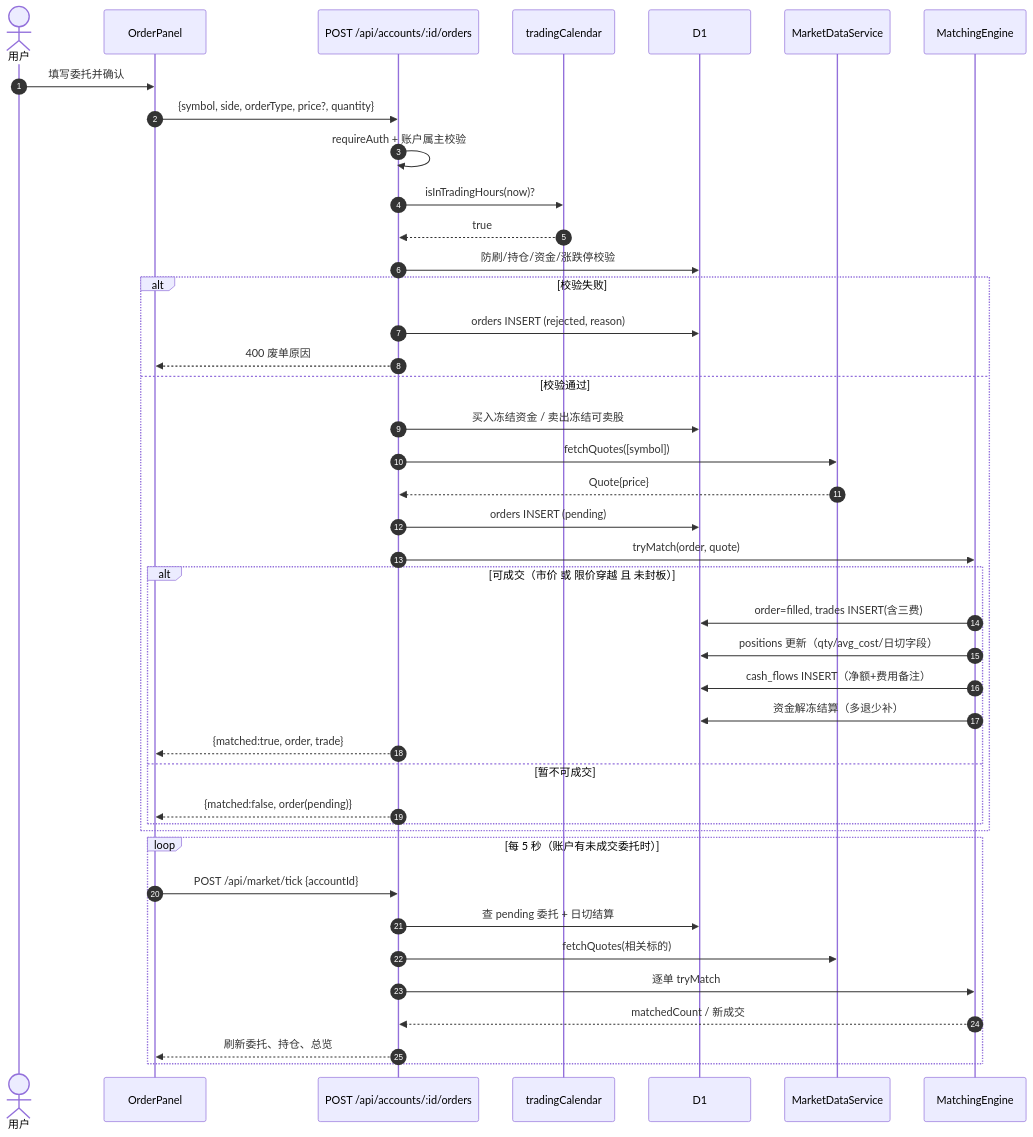
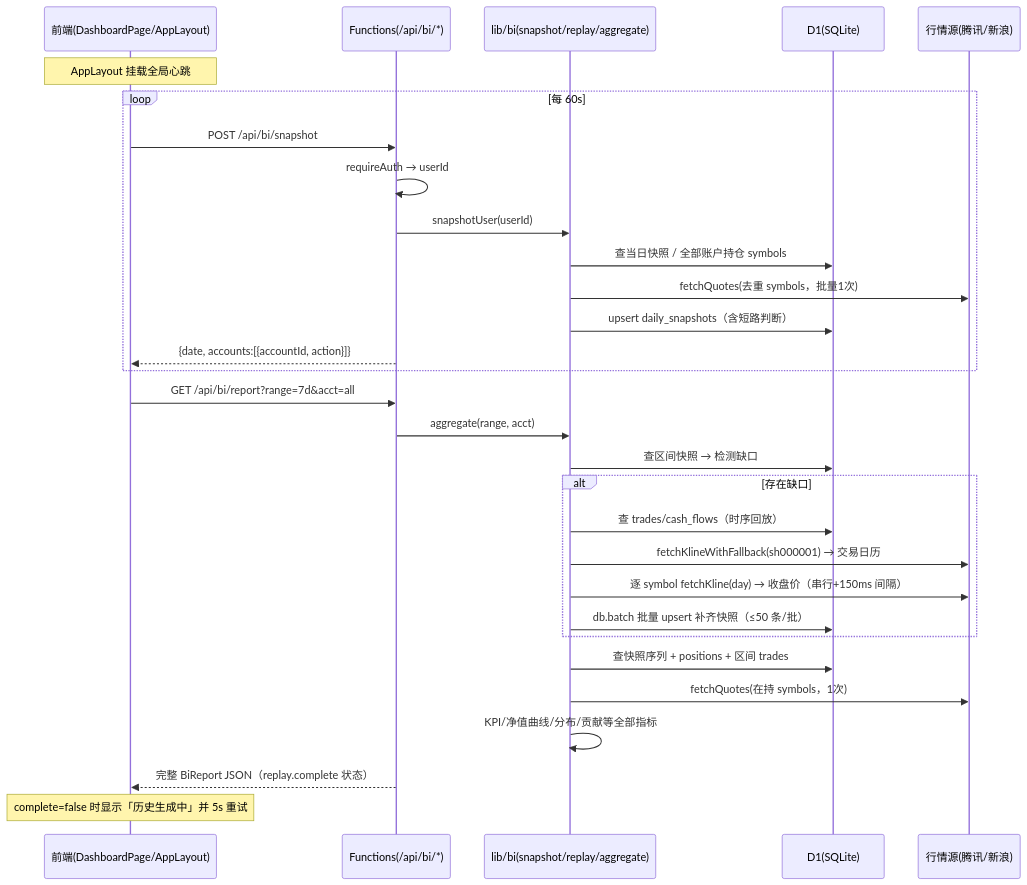
One commit to panjunjian-app/stock-sim-cn changed the diagram in docs/sequence-diagram.mermaid. Above: the diagram before and after it, drawn with Mermaid. The commit also changed 31 other files, not shown here.

Commit message:
feat: BI 分析报告首页（每日资产快照+历史回放+净值曲线/KPI/持仓/归因全量图表，登录默认页）

```diff
--- a/docs/sequence-diagram.mermaid
+++ b/docs/sequence-diagram.mermaid
@@ -1,43 +1,32 @@
 sequenceDiagram
-    autonumber
-    actor U as 用户
-    participant OP as OrderPanel
-    participant API as POST /api/accounts/:id/orders
-    participant CAL as tradingCalendar
-    participant DB as D1
-    participant MK as MarketDataService
-    participant ME as MatchingEngine
+    participant FE as 前端(DashboardPage/AppLayout)
+    participant API as Functions(/api/bi/*)
+    participant SVC as lib/bi(snapshot/replay/aggregate)
+    participant D1 as D1(SQLite)
+    participant MKT as 行情源(腾讯/新浪)
 
-    U->>OP: 填写委托并确认
-    OP->>API: {symbol, side, orderType, price?, quantity}
-    API->>API: requireAuth + 账户属主校验
-    API->>CAL: isInTradingHours(now)?
-    CAL-->>API: true
-    API->>DB: 防刷/持仓/资金/涨跌停校验
-    alt 校验失败
-        API->>DB: orders INSERT (rejected, reason)
-        API-->>OP: 400 废单原因
-    else 校验通过
-        API->>DB: 买入冻结资金 / 卖出冻结可卖股
-        API->>MK: fetchQuotes([symbol])
-        MK-->>API: Quote{price}
-        API->>DB: orders INSERT (pending)
-        API->>ME: tryMatch(order, quote)
-        alt 可成交（市价 或 限价穿越 且 未封板）
-            ME->>DB: order=filled, trades INSERT(含三费)
-            ME->>DB: positions 更新（qty/avg_cost/日切字段）
-            ME->>DB: cash_flows INSERT（净额+费用备注）
-            ME->>DB: 资金解冻结算（多退少补）
-            API-->>OP: {matched:true, order, trade}
-        else 暂不可成交
-            API-->>OP: {matched:false, order(pending)}
-        end
+    Note over FE: AppLayout 挂载全局心跳
+    loop 每 60s
+        FE->>API: POST /api/bi/snapshot
+        API->>API: requireAuth → userId
+        API->>SVC: snapshotUser(userId)
+        SVC->>D1: 查当日快照 / 全部账户持仓 symbols
+        SVC->>MKT: fetchQuotes(去重 symbols，批量1次)
+        SVC->>D1: upsert daily_snapshots（含短路判断）
+        API-->>FE: {date, accounts:[{accountId, action}]}
     end
-    loop 每 5 秒（账户有未成交委托时）
-        OP->>API: POST /api/market/tick {accountId}
-        API->>DB: 查 pending 委托 + 日切结算
-        API->>MK: fetchQuotes(相关标的)
-        API->>ME: 逐单 tryMatch
-        ME-->>API: matchedCount / 新成交
-        API-->>OP: 刷新委托、持仓、总览
+
+    FE->>API: GET /api/bi/report?range=7d&acct=all
+    API->>SVC: aggregate(range, acct)
+    SVC->>D1: 查区间快照 → 检测缺口
+    alt 存在缺口
+        SVC->>D1: 查 trades/cash_flows（时序回放）
+        SVC->>MKT: fetchKlineWithFallback(sh000001) → 交易日历
+        SVC->>MKT: 逐 symbol fetchKline(day) → 收盘价（串行+150ms 间隔）
+        SVC->>D1: db.batch 批量 upsert 补齐快照（≤50 条/批）
     end
+    SVC->>D1: 查快照序列 + positions + 区间 trades
+    SVC->>MKT: fetchQuotes(在持 symbols，1次)
+    SVC->>SVC: KPI/净值曲线/分布/贡献等全部指标
+    API-->>FE: 完整 BiReport JSON（replay.complete 状态）
+    Note over FE: complete=false 时显示「历史生成中」并 5s 重试
```
